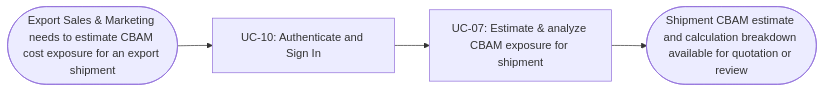
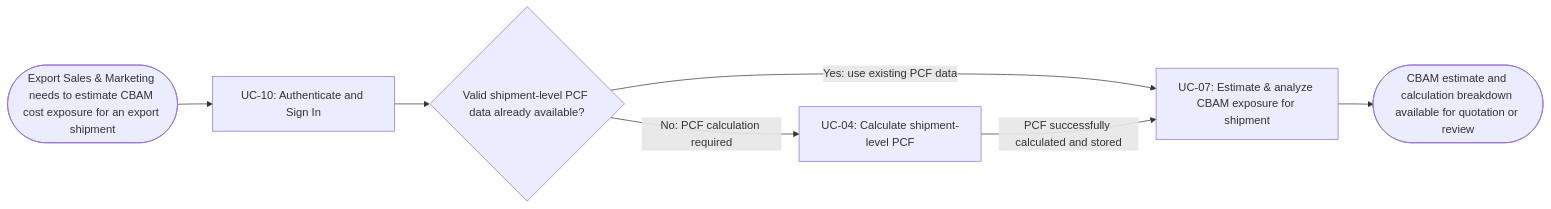
The ninth of 13 diagrams in docs/external-design/usage-flow.md (vankhanhnh-bag/HPDQ-CBAM-system), drawn with Mermaid before and after one commit. The commit also changed other lines of this file, not shown here.

Commit message:
Enhance usage flow with conditional PCF calculation steps
Updated the usage flow to include conditional steps for calculating shipment-level PCF and estimating CBAM exposure. Added activity diagram for better visualization of the user journey.

````diff
--- a/docs/external-design/usage-flow.md
+++ b/docs/external-design/usage-flow.md
@@ -138,8 +139,15 @@
 ```mermaid
 flowchart LR
   A(["Export Sales & Marketing needs to estimate CBAM cost exposure for an export shipment"])
-  U1["UC-10: Authenticate and Sign In"]
-  U2["UC-07: Estimate & analyze CBAM exposure for shipment"]
-  Z(["Shipment CBAM estimate and calculation breakdown available for quotation or review"])
-  A --> U1 --> U2 --> Z
+  U10["UC-10: Authenticate and Sign In"]
+  D{"Valid shipment-level PCF data already available?"}
+  U04["UC-04: Calculate shipment-level PCF"]
+  U07["UC-07: Estimate & analyze CBAM exposure for shipment"]
+  Z(["CBAM estimate and calculation breakdown available for quotation or review"])
+
+  A --> U10 --> D
+  D -->|"Yes: use existing PCF data"| U07
+  D -->|"No: PCF calculation required"| U04
+  U04 -->|"PCF successfully calculated and stored"| U07
+  U07 --> Z
 ```
````
